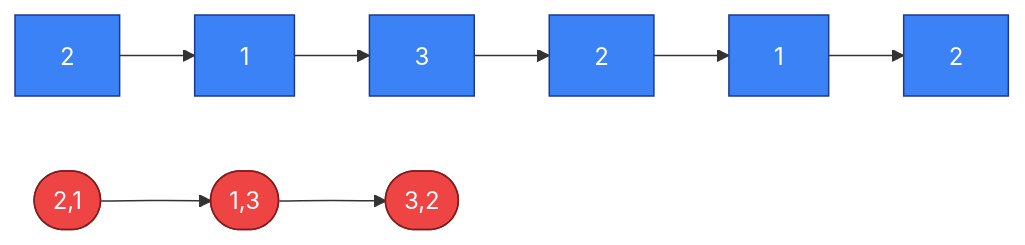
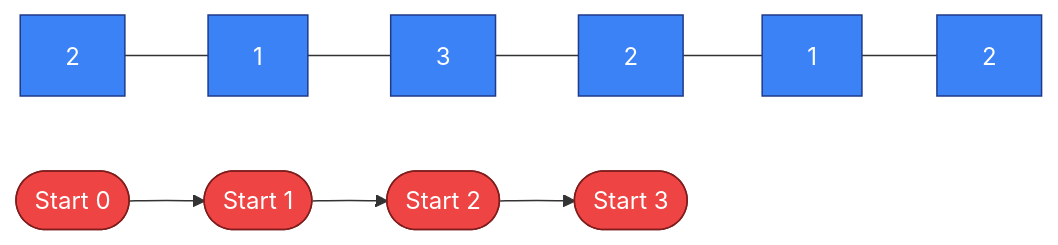
Before and after one commit to bhaskarneerati/coding-mermaid-diagrams: the second of 11 diagrams in sliding-window.md, drawn with Mermaid. The commit also changed other lines of this file, not shown here.

````diff
--- a/sliding-window.md
+++ b/sliding-window.md
@@ -25,12 +24,12 @@
 ```mermaid
 flowchart LR
-S1[2] --> S2[1] --> S3[3] --> S4[2] --> S5[1] --> S6[2]
+A1[2] --- A2[1] --- A3[3] --- A4[2] --- A5[1] --- A6[2]
 
-sub1([2,1]) --> sub2([1,3]) --> sub3([3,2])
+sub1([Start 0]) --> sub2([Start 1]) --> sub3([Start 2]) --> sub4([Start 3])
 
 classDef base fill:#3b82f6,stroke:#1e3a8a,color:#ffffff;
 classDef bad fill:#ef4444,stroke:#7f1d1d,color:#ffffff;
 
-class S1,S2,S3,S4,S5,S6 base;
-class sub1,sub2,sub3 bad;
+class A1,A2,A3,A4,A5,A6 base;
+class sub1,sub2,sub3,sub4 bad;
 ```
````
